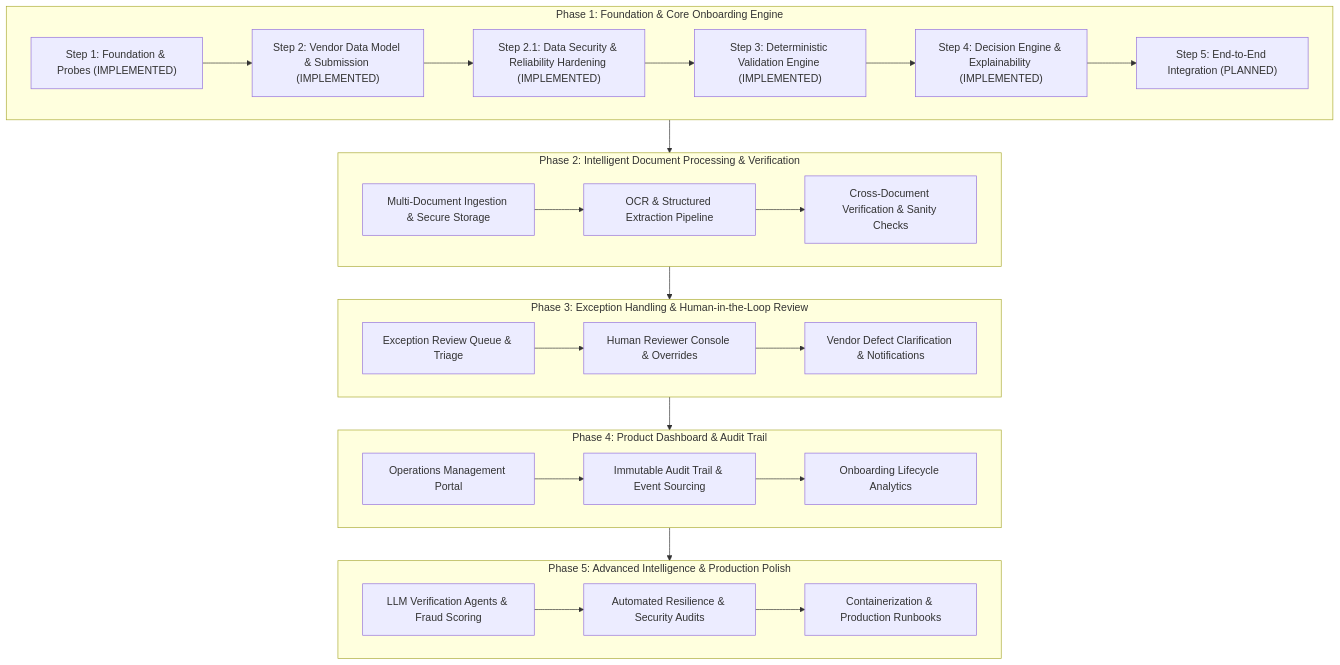
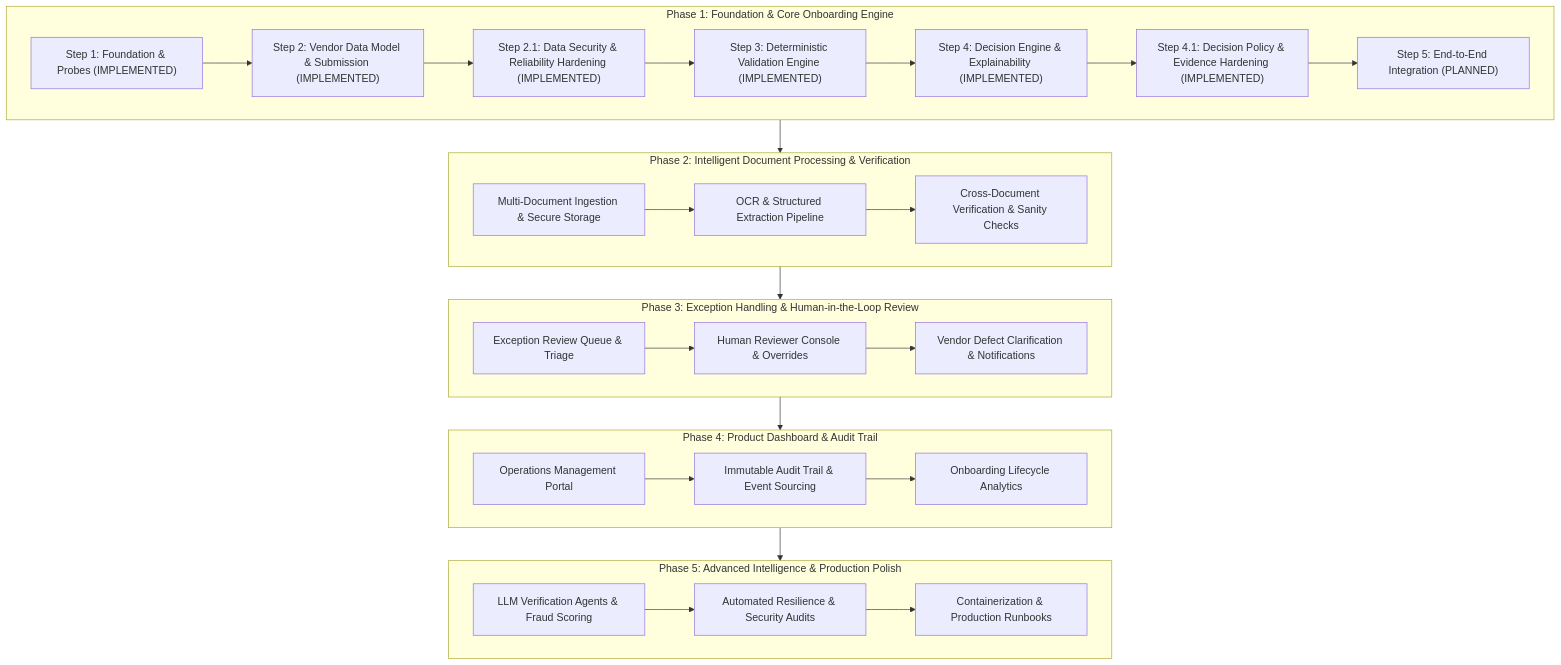
One commit to Tocoung/Zamp changed the diagram in docs/architecture.md. Above: the diagram before and after it, drawn with Mermaid. The commit also changed other lines of this file and 6 other files, not shown here.

Commit message:
feat(step4.1): decision policy & evidence hardening

````diff
--- a/docs/architecture.md
+++ b/docs/architecture.md
@@ -229,35 +278,36 @@
 ```mermaid
 flowchart TD
     subgraph P1["Phase 1: Foundation & Core Onboarding Engine"]
         F1["Step 1: Foundation & Probes (IMPLEMENTED)"] --> F2["Step 2: Vendor Data Model & Submission (IMPLEMENTED)"]
         F2 --> F2_1["Step 2.1: Data Security & Reliability Hardening (IMPLEMENTED)"]
         F2_1 --> F3["Step 3: Deterministic Validation Engine (IMPLEMENTED)"]
         F3 --> F4["Step 4: Decision Engine & Explainability (IMPLEMENTED)"]
-        F4 --> F5["Step 5: End-to-End Integration (PLANNED)"]
+        F4 --> F4_1["Step 4.1: Decision Policy & Evidence Hardening (IMPLEMENTED)"]
+        F4_1 --> F5["Step 5: End-to-End Integration (PLANNED)"]
     end
 
     subgraph P2["Phase 2: Intelligent Document Processing & Verification"]
         D1["Multi-Document Ingestion & Secure Storage"] --> D2["OCR & Structured Extraction Pipeline"]
         D2 --> D3["Cross-Document Verification & Sanity Checks"]
     end
 
     subgraph P3["Phase 3: Exception Handling & Human-in-the-Loop Review"]
         E1["Exception Review Queue & Triage"] --> E2["Human Reviewer Console & Overrides"]
         E2 --> E3["Vendor Defect Clarification & Notifications"]
     end
 
     subgraph P4["Phase 4: Product Dashboard & Audit Trail"]
         U1["Operations Management Portal"] --> U2["Immutable Audit Trail & Event Sourcing"]
         U2 --> U3["Onboarding Lifecycle Analytics"]
     end
 
     subgraph P5["Phase 5: Advanced Intelligence & Production Polish"]
         A1["LLM Verification Agents & Fraud Scoring"] --> A2["Automated Resilience & Security Audits"]
         A2 --> A3["Containerization & Production Runbooks"]
     end
 
     P1 --> P2
     P2 --> P3
     P3 --> P4
     P4 --> P5
 ```
````
